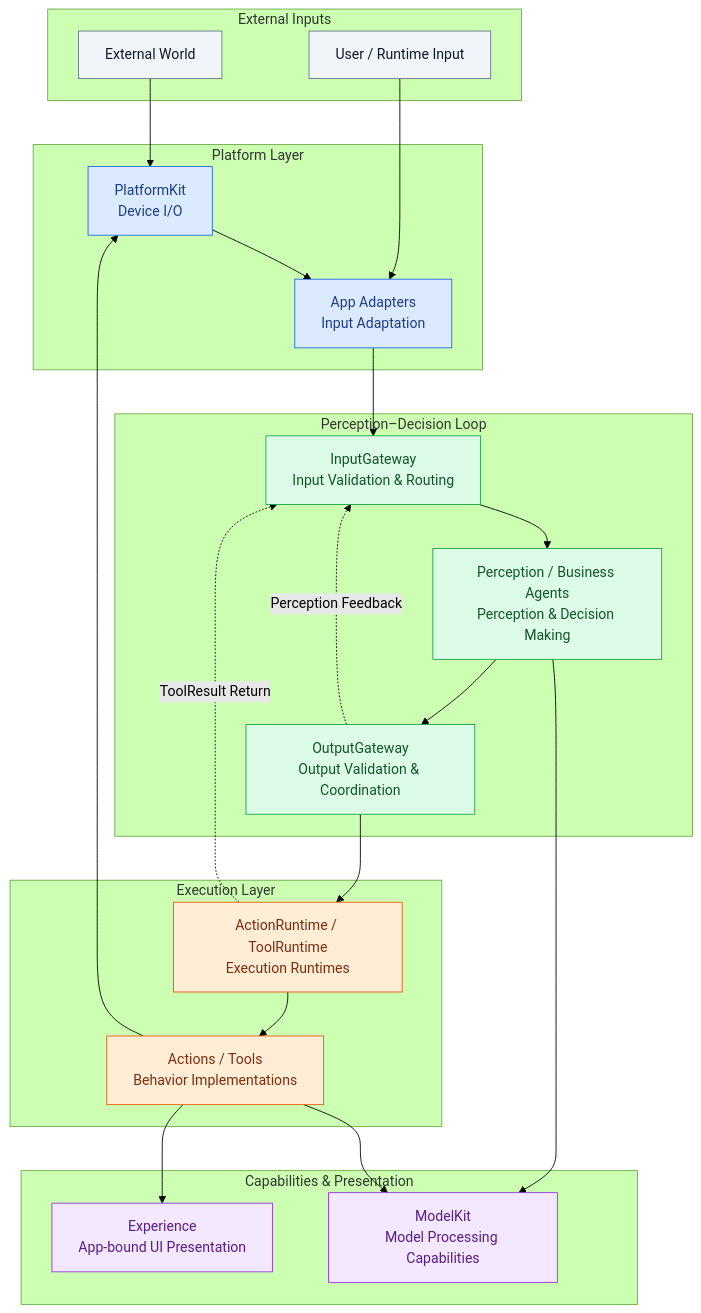
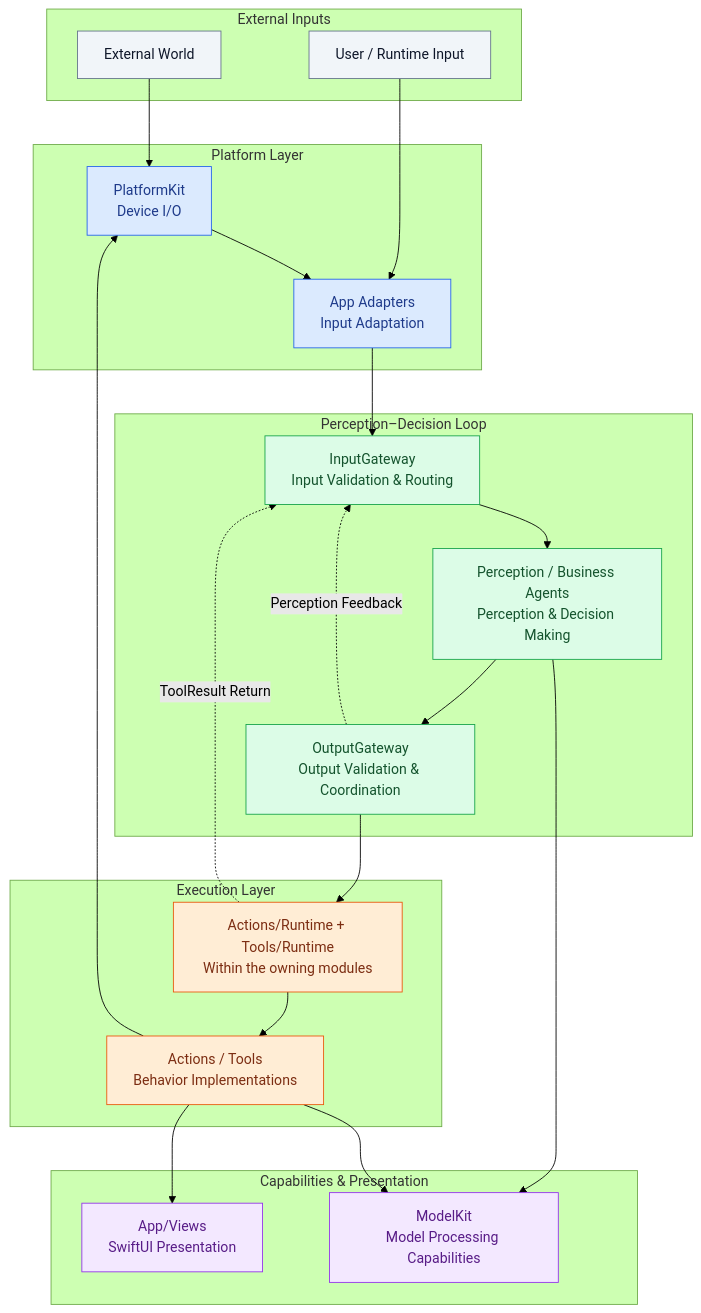
One commit to devilyouwei/MobileHarness changed the first of 6 diagrams in MobileHarness/README.md. Above: the diagram before and after it, drawn with Mermaid (forest theme). The commit also changed other lines of this file and 132 other files, not shown here.

````diff
--- a/MobileHarness/README.md
+++ b/MobileHarness/README.md
@@ -34,54 +34,54 @@
 ```mermaid
 flowchart TB
     subgraph ExternalLayer["External Inputs"]
         World["External World"]
         User["User / Runtime Input"]
     end
 
     subgraph PlatformLayer["Platform Layer"]
         Platform["PlatformKit<br/>Device I/O"]
         App["App Adapters<br/>Input Adaptation"]
     end
 
     subgraph CoreLayer["Perception–Decision Loop"]
         Input["InputGateway<br/>Input Validation & Routing"]
         Agents["Perception / Business Agents<br/>Perception & Decision Making"]
         Output["OutputGateway<br/>Output Validation & Coordination"]
     end
 
     subgraph ExecutionLayer["Execution Layer"]
-        Runtime["ActionRuntime / ToolRuntime<br/>Execution Runtimes"]
+        Runtime["Actions/Runtime + Tools/Runtime<br/>Within the owning modules"]
         Functions["Actions / Tools<br/>Behavior Implementations"]
     end
 
     subgraph CapabilityLayer["Capabilities & Presentation"]
         Models["ModelKit<br/>Model Processing Capabilities"]
-        UI["Experience<br/>App-bound UI Presentation"]
+        UI["App/Views<br/>SwiftUI Presentation"]
     end
 
     World --> Platform
     Platform --> App
     User --> App
     App --> Input
     Input --> Agents
     Agents --> Models
     Agents --> Output
     Output -.->|Perception Feedback| Input
     Output --> Runtime
     Runtime --> Functions
     Functions --> Models
     Functions --> Platform
     Functions --> UI
     Runtime -.->|ToolResult Return| Input
 
     classDef external fill:#F1F5F9,stroke:#64748B,color:#0F172A
     classDef platform fill:#DBEAFE,stroke:#2563EB,color:#1E3A8A
     classDef core fill:#DCFCE7,stroke:#16A34A,color:#14532D
     classDef execution fill:#FFEDD5,stroke:#EA580C,color:#7C2D12
     classDef capability fill:#F3E8FF,stroke:#9333EA,color:#581C87
     class World,User external
     class Platform,App platform
     class Input,Agents,Output core
     class Runtime,Functions execution
     class Models,UI capability
 ```
````
